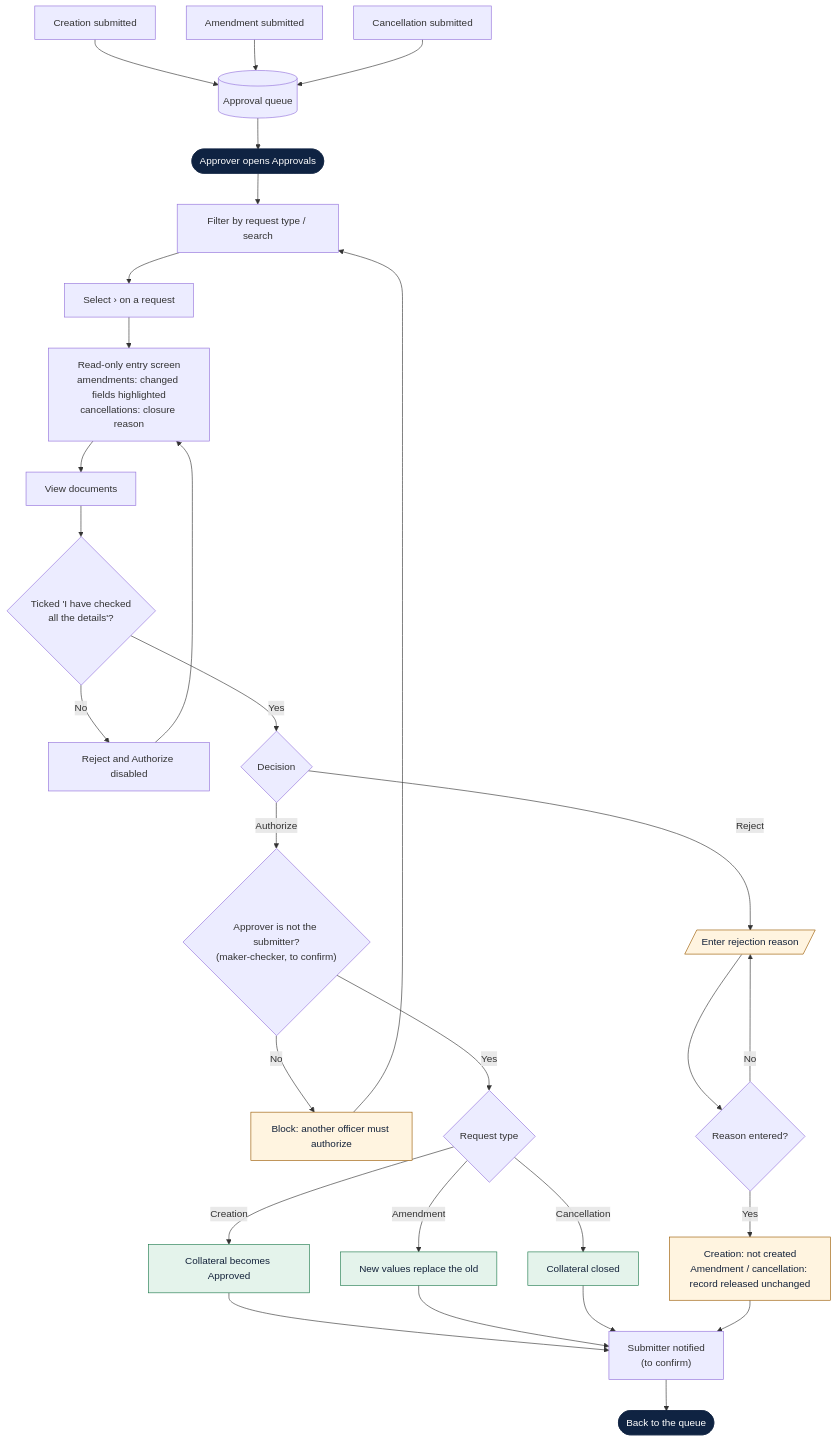
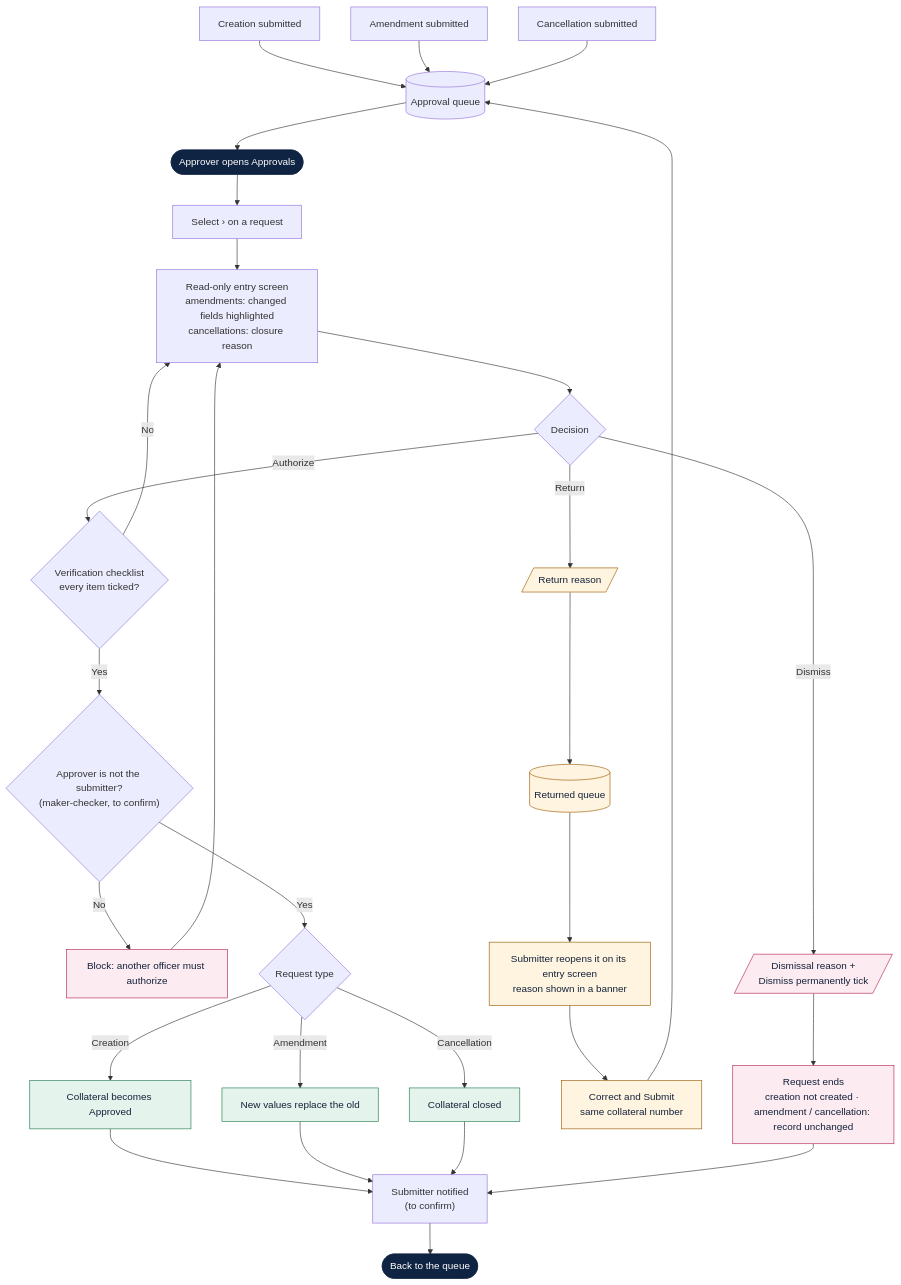
Before and after one commit to michaelAcheampongKwarfo/Collateral-Management: the diagram in docs/approval/flowchart.md, drawn with Mermaid. The commit also changed 7 other files, not shown here.

First line of the commit message:
Training notes: business rules, return/dismiss/verify, Returned queue

````diff
--- a/docs/approval/flowchart.md
+++ b/docs/approval/flowchart.md
@@ -5,32 +5,34 @@
 ```mermaid
 flowchart TD
     S1[Creation submitted] --> Q
     S2[Amendment submitted] --> Q
     S3[Cancellation submitted] --> Q
     Q[(Approval queue)] --> A([Approver opens Approvals])
-    A --> F[Filter by request type / search]
-    F --> O[Select › on a request]
+    A --> O[Select › on a request]
     O --> V[Read-only entry screen<br/>amendments: changed fields highlighted<br/>cancellations: closure reason]
-    V --> D[View documents]
-    D --> T{Ticked 'I have checked<br/>all the details'?}
-    T -- No --> T1[Reject and Authorize disabled] --> V
-    T -- Yes --> C{Decision}
-    C -- Authorize --> MC{"Approver is not the submitter?<br/>(maker-checker, to confirm)"}
-    MC -- No --> MC1[Block: another officer must authorize] --> F
+    V --> C{Decision}
+    C -- Authorize --> VC{"Verification checklist<br/>every item ticked?"}
+    VC -- No --> V
+    VC -- Yes --> MC{"Approver is not the submitter?<br/>(maker-checker, to confirm)"}
+    MC -- No --> MC1[Block: another officer must authorize] --> V
     MC -- Yes --> AU{Request type}
     AU -- Creation --> R1[Collateral becomes Approved]
     AU -- Amendment --> R2[New values replace the old]
     AU -- Cancellation --> R3[Collateral closed]
-    C -- Reject --> RJ[/Enter rejection reason/]
-    RJ --> RJ2{Reason entered?}
-    RJ2 -- No --> RJ
-    RJ2 -- Yes --> R4[Creation: not created<br/>Amendment / cancellation: record released unchanged]
+    C -- Return --> RT[/Return reason/]
+    RT --> RQ[(Returned queue)]
+    RQ --> RE[Submitter reopens it on its entry screen<br/>reason shown in a banner]
+    RE --> RS[Correct and Submit<br/>same collateral number] --> Q
+    C -- Dismiss --> DM[/Dismissal reason +<br/>Dismiss permanently tick/]
+    DM --> R4[Request ends<br/>creation not created · amendment / cancellation: record unchanged]
     R1 & R2 & R3 & R4 --> N["Submitter notified<br/>(to confirm)"] --> E([Back to the queue])
 
     classDef term fill:#0F2342,stroke:#0F2342,color:#FFFFFF
     classDef ok fill:#E4F3EB,stroke:#1D7A4C,color:#13223A
-    classDef bad fill:#FFF4E0,stroke:#9A5A00,color:#13223A
+    classDef ret fill:#FFF4E0,stroke:#9A5A00,color:#13223A
+    classDef bad fill:#FCEBF1,stroke:#B4234F,color:#13223A
     class A,E term
     class R1,R2,R3 ok
-    class RJ,R4,MC1 bad
+    class RT,RQ,RE,RS ret
+    class DM,R4,MC1 bad
 ```
````
